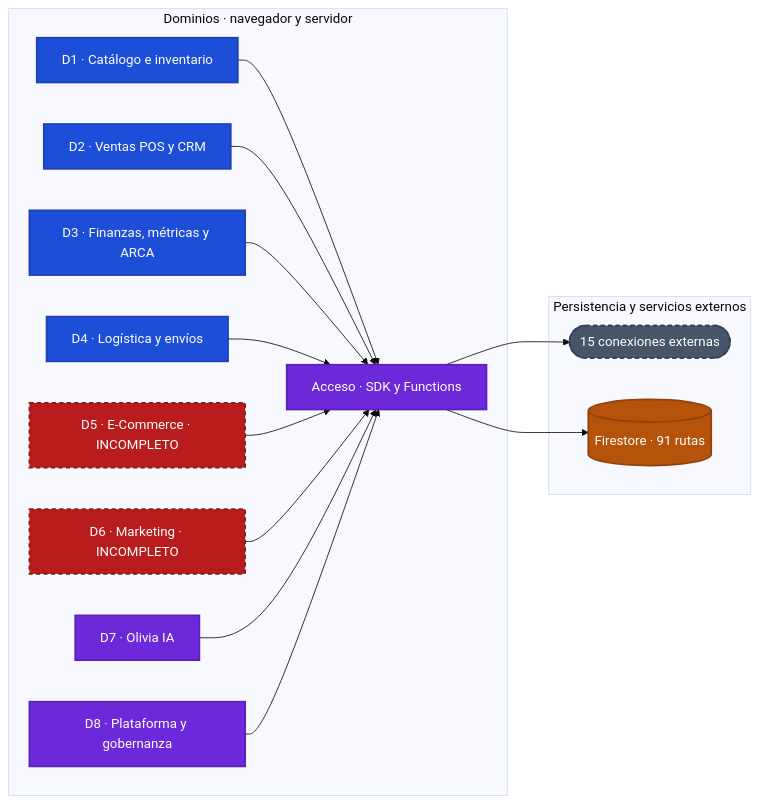
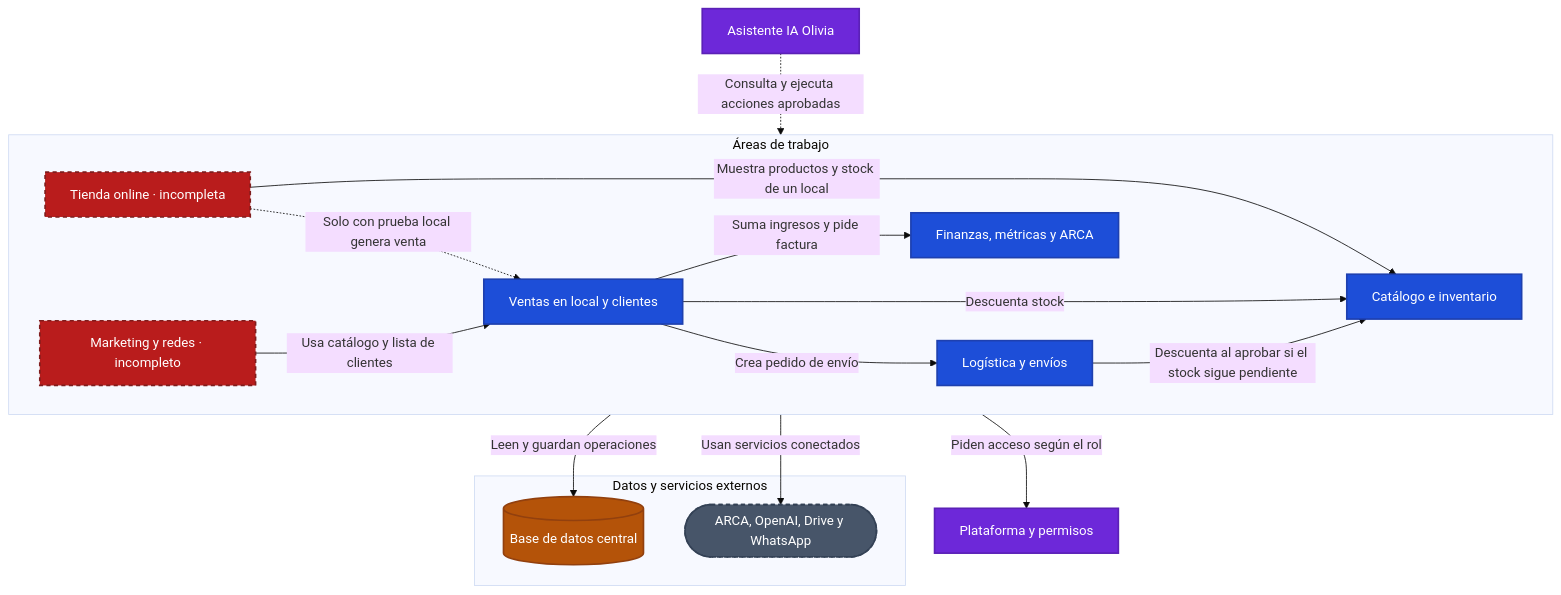
The second of 3 diagrams in docs/01-mapa-maestro.md (AgustinBazanUB/App-Integral-FM), drawn with Mermaid (base theme) before and after one commit. The commit also changed other lines of this file and 24 other files, not shown here.

````diff
--- a/docs/01-mapa-maestro.md
+++ b/docs/01-mapa-maestro.md
@@ -90,39 +85,37 @@
 ```mermaid
-flowchart LR
-    %% Los ocho dominios convergen en una base de datos común con guardas propias.
-    subgraph dominios["Dominios · navegador y servidor"]
-        inventario["D1 · Catálogo e inventario"]:::integral
-        ventas["D2 · Ventas POS y CRM"]:::integral
-        finanzas["D3 · Finanzas, métricas y ARCA"]:::integral
-        logistica["D4 · Logística y envíos"]:::integral
-        web["D5 · E-Commerce · INCOMPLETO"]:::debt
-        marketing["D6 · Marketing · INCOMPLETO"]:::debt
-        olivia["D7 · Olivia IA"]:::shared
-        gobierno["D8 · Plataforma y gobernanza"]:::shared
-        acceso["Acceso · SDK y Functions"]:::shared
+flowchart TB
+    %% Los dominios intercambian información y comparten infraestructura.
+    subgraph operaciones["Áreas de trabajo"]
+        marketing["Marketing y redes · incompleto"]:::debt
+        tienda["Tienda online · incompleta"]:::debt
+        ventas["Ventas en local y clientes"]:::integral
+        logistica["Logística y envíos"]:::integral
+        finanzas["Finanzas, métricas y ARCA"]:::integral
+        inventario["Catálogo e inventario"]:::integral
     end
-
-    subgraph recursos["Persistencia y servicios externos"]
-        servicios(["15 conexiones externas"]):::external
-        firestore[("Firestore · 91 rutas")]:::db
+    olivia["Asistente IA Olivia"]:::shared
+    plataforma["Plataforma y permisos"]:::shared
+    subgraph respaldo["Datos y servicios externos"]
+        datos[("Base de datos central")]:::db
+        servicios(["ARCA, OpenAI, Drive y WhatsApp"]):::external
     end
-
-    inventario --> acceso
-    ventas --> acceso
-    finanzas --> acceso
-    logistica --> acceso
-    web --> acceso
-    marketing --> acceso
-    olivia --> acceso
-    gobierno --> acceso
-    acceso --> firestore
-    acceso --> servicios
+    tienda -->|"Muestra productos y stock de un local"| inventario
+    tienda -.->|"Solo con prueba local genera venta"| ventas
+    ventas -->|"Descuenta stock"| inventario
+    ventas -->|"Crea pedido de envío"| logistica
+    ventas -->|"Suma ingresos y pide factura"| finanzas
+    logistica -->|"Descuenta al aprobar si el stock sigue pendiente"| inventario
+    marketing -->|"Usa catálogo y lista de clientes"| ventas
+    olivia -.->|"Consulta y ejecuta acciones aprobadas"| operaciones
+    operaciones -->|"Piden acceso según el rol"| plataforma
+    operaciones -->|"Leen y guardan operaciones"| datos
+    operaciones -->|"Usan servicios conectados"| servicios
 
     classDef actor fill:#1E293B,stroke:#64748B,color:#FFFFFF,stroke-width:2px
     classDef integral fill:#1D4ED8,stroke:#1E40AF,color:#FFFFFF,stroke-width:2px
     classDef ecommerce fill:#047857,stroke:#065F46,color:#FFFFFF,stroke-width:2px
     classDef shared fill:#6D28D9,stroke:#5B21B6,color:#FFFFFF,stroke-width:2px
     classDef db fill:#B45309,stroke:#92400E,color:#FFFFFF,stroke-width:2px
     classDef external fill:#475569,stroke:#334155,color:#FFFFFF,stroke-width:2px,stroke-dasharray:5 4
     classDef debt fill:#B91C1C,stroke:#7F1D1D,color:#FFFFFF,stroke-width:2px,stroke-dasharray:5 4
 ```
````
